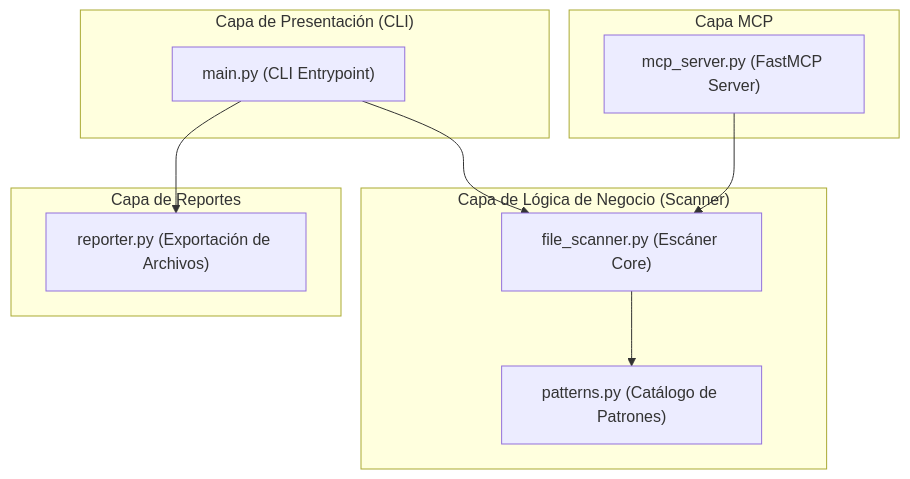
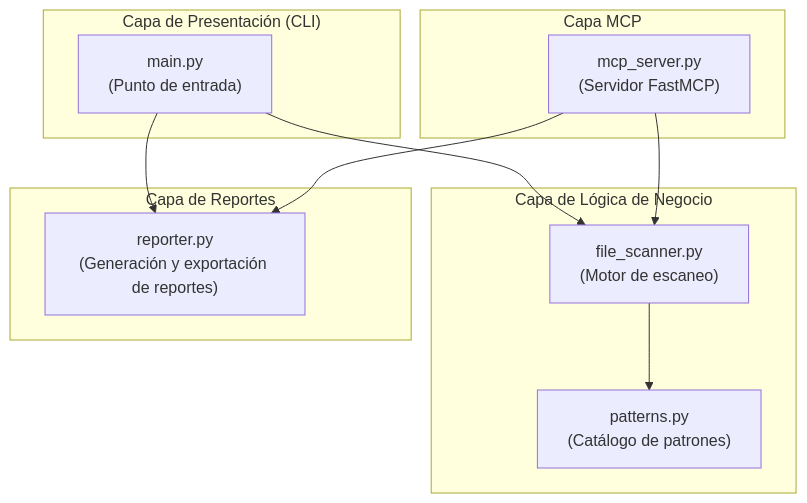
Before and after one commit to UPT-FAING-EPIS/proyecto-si784-2026-i-u3-ANALIZADOR_SECRETOS: the second of 12 diagrams in docs/FD04-Informe-Arquitectura.md, drawn with Mermaid. The commit also changed other lines of this file, not shown here.

````diff
--- a/docs/FD04-Informe-Arquitectura.md
+++ b/docs/FD04-Informe-Arquitectura.md
@@ -151,24 +151,29 @@
 ```mermaid
 graph TD
-    subgraph Presentacion ["Capa de Presentación (CLI)"]
-        main["main.py (CLI Entrypoint)"]
+
+    subgraph Presentacion["Capa de Presentación (CLI)"]
+        main["main.py<br/>(Punto de entrada)"]
     end
 
-    subgraph Core ["Capa de Lógica de Negocio (Scanner)"]
-        file_scanner["file_scanner.py (Escáner Core)"]
-        patterns["patterns.py (Catálogo de Patrones)"]
+    subgraph Core["Capa de Lógica de Negocio"]
+        scanner["file_scanner.py<br/>(Motor de escaneo)"]
+        patterns["patterns.py<br/>(Catálogo de patrones)"]
     end
 
-    subgraph Persistencia ["Capa de Reportes"]
-        reporter["reporter.py (Exportación de Archivos)"]
+    subgraph Persistencia["Capa de Reportes"]
+        reporter["reporter.py<br/>(Generación y exportación de reportes)"]
     end
 
-    subgraph Agente ["Capa MCP"]
-        mcp_server["mcp_server.py (FastMCP Server)"]
+    subgraph Agente["Capa MCP"]
+        mcp["mcp_server.py<br/>(Servidor FastMCP)"]
     end
 
-    main --> file_scanner
+    %% Dependencias
+    main --> scanner
     main --> reporter
-    mcp_server --> file_scanner
-    file_scanner --> patterns
+
+    scanner --> patterns
+
+    mcp --> scanner
+    mcp --> reporter
 ```
````
